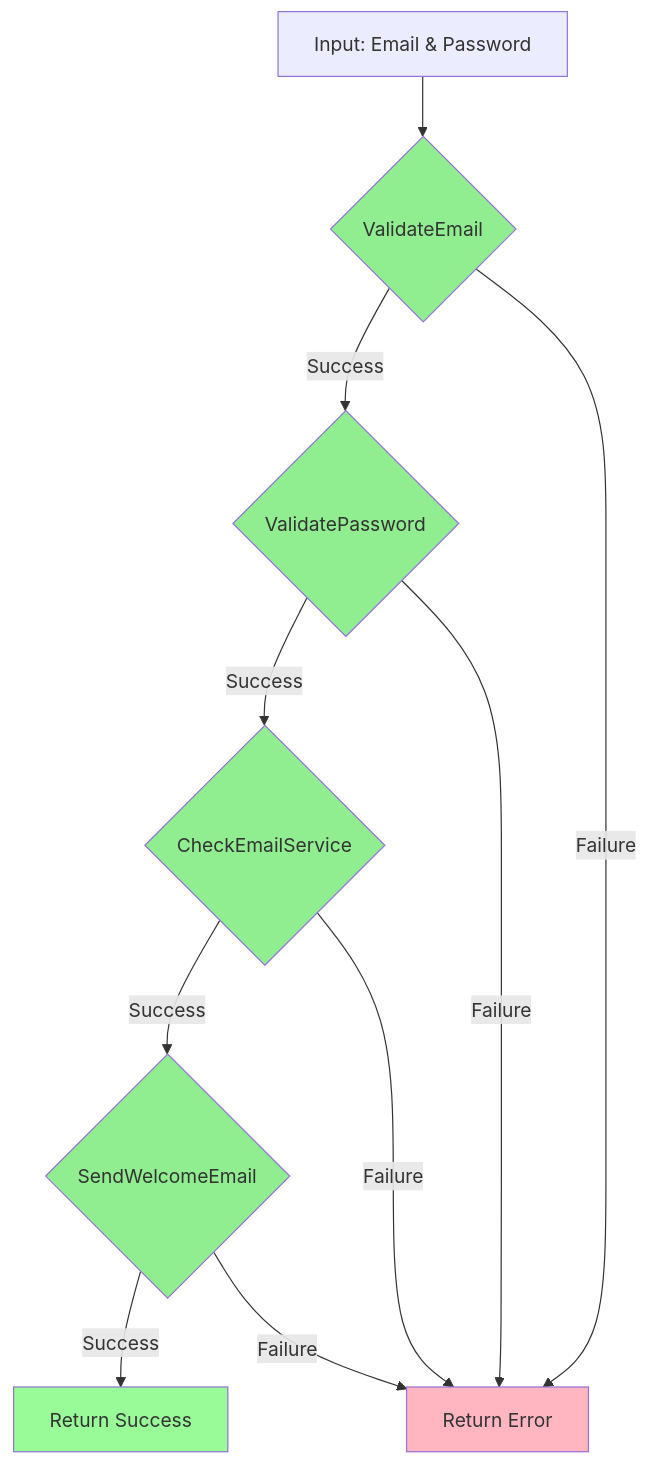
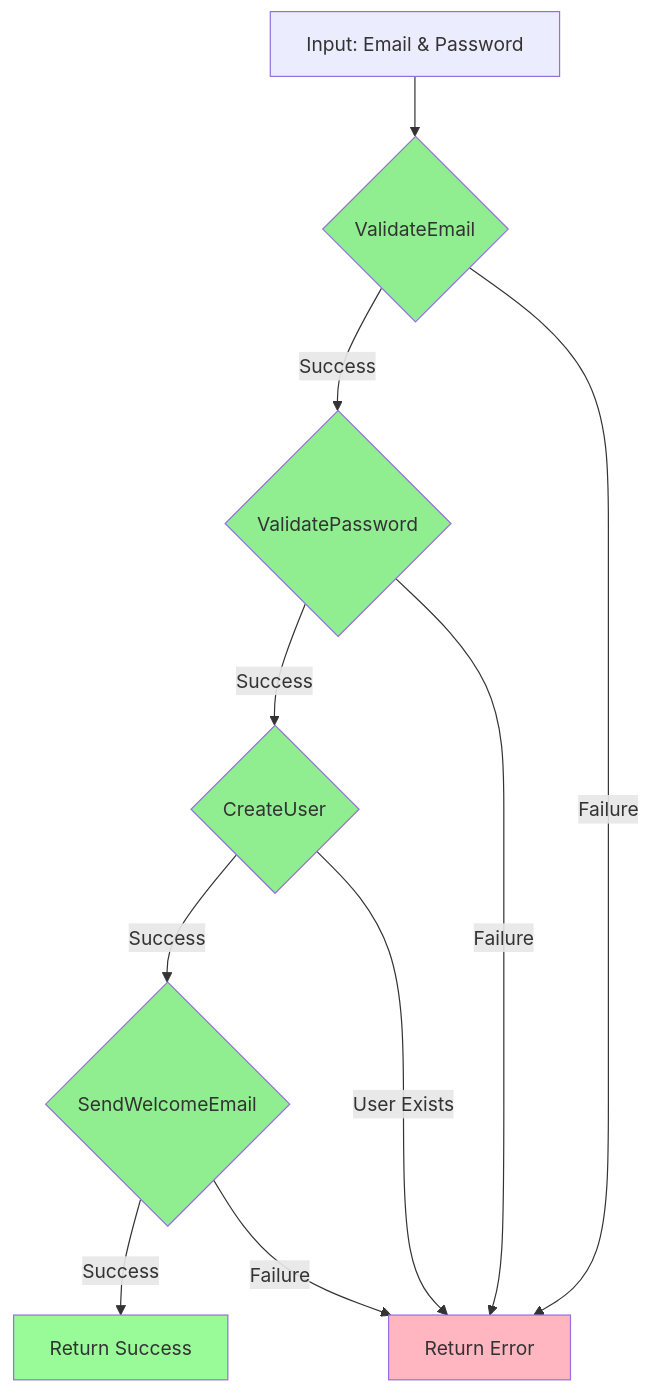
Before and after one commit to vvidov/resultType: the third of 3 diagrams in README.md, drawn with Mermaid. The commit also changed other lines of this file, not shown here.

First line of the commit message:
docs: update service overview and validation chain

````diff
--- a/README.md
+++ b/README.md
@@ -167,22 +169,22 @@
 ```mermaid
 flowchart TD
     A[Input: Email & Password] --> B{ValidateEmail}
     B -->|Success| C{ValidatePassword}
     B -->|Failure| E[Return Error]
     
-    C -->|Success| D{CheckEmailService}
+    C -->|Success| D{CreateUser}
     C -->|Failure| E
     
     D -->|Success| F{SendWelcomeEmail}
-    D -->|Failure| E
+    D -->|User Exists| E
     
     F -->|Success| G[Return Success]
     F -->|Failure| E
     
     style B fill:#90EE90
     style C fill:#90EE90
     style D fill:#90EE90
     style F fill:#90EE90
     style E fill:#FFB6C1
     style G fill:#98FB98
 ```
````
